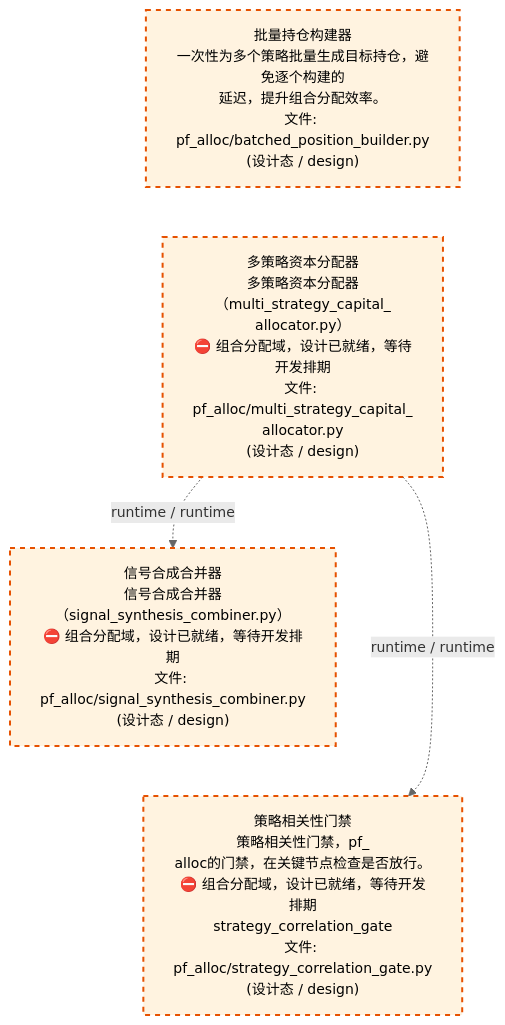
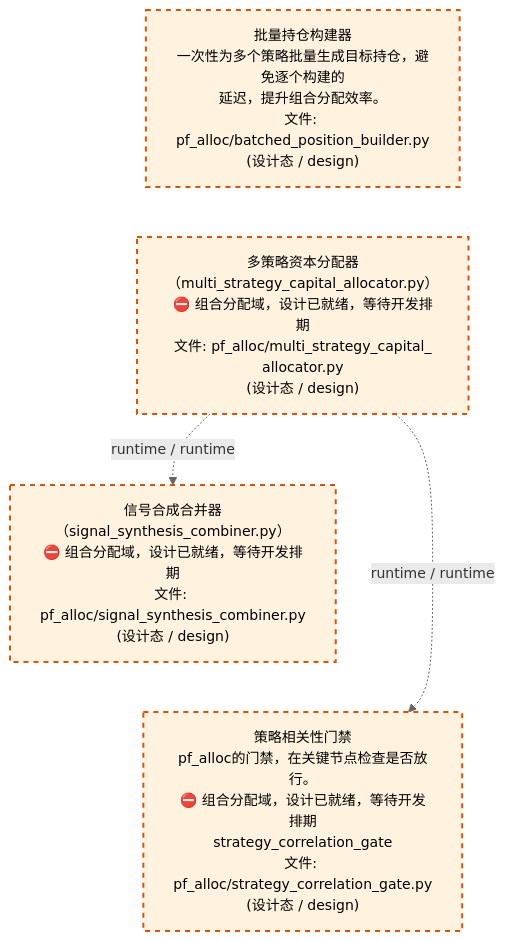
One commit to xuanFelixVan/ZephyrAlpha changed the third of 4 diagrams in docs/02_enterprise_architecture/02_domain_architecture_docs/62_d_pf_alloc.md. Above: the diagram before and after it, drawn with Mermaid. The commit also changed other lines of this file and 61 other files, not shown here.

````diff
--- a/docs/02_enterprise_architecture/02_domain_architecture_docs/62_d_pf_alloc.md
+++ b/docs/02_enterprise_architecture/02_domain_architecture_docs/62_d_pf_alloc.md
@@ -122,17 +122,17 @@
 ```mermaid
 %%{init: {'theme': 'base', 'themeVariables': {'primaryColor': '#eaeaea', 'primaryTextColor': '#333333', 'primaryBorderColor': '#666666', 'lineColor': '#666666', 'secondaryColor': '#eaeaea', 'tertiaryColor': '#eaeaea', 'fontSize': '14px'}}}%%
 flowchart TD
     src_zephyr_pf_alloc_batched_position_builder_py["批量持仓构建器<br/>一次性为多个策略批量生成目标持仓，避免逐个构建的<br/>延迟，提升组合分配效率。<br/>文件: pf_alloc/batched_position_builder.py<br/>(设计态 / design)"]
-    src_zephyr_pf_alloc_multi_strategy_capital_allocator_py["多策略资本分配器<br/>多策略资本分配器（multi_strategy_capital_<br/>allocator.py）<br/>⛔ 组合分配域，设计已就绪，等待开发排期<br/>文件: pf_alloc/multi_strategy_capital_<br/>allocator.py<br/>(设计态 / design)"]
+    src_zephyr_pf_alloc_multi_strategy_capital_allocator_py["多策略资本分配器<br/>（multi_strategy_capital_allocator.py）<br/>⛔ 组合分配域，设计已就绪，等待开发排期<br/>文件: pf_alloc/multi_strategy_capital_<br/>allocator.py<br/>(设计态 / design)"]
     src_zephyr_pf_alloc_batched_position_builder_py ~~~ src_zephyr_pf_alloc_multi_strategy_capital_allocator_py
-    src_zephyr_pf_alloc_signal_synthesis_combiner_py["信号合成合并器<br/>信号合成合并器（signal_synthesis_combiner.py）<br/>⛔ 组合分配域，设计已就绪，等待开发排期<br/>文件: pf_alloc/signal_synthesis_combiner.py<br/>(设计态 / design)"]
-    src_zephyr_pf_alloc_strategy_correlation_gate_py["策略相关性门禁<br/>策略相关性门禁，pf_<br/>alloc的门禁，在关键节点检查是否放行。<br/>⛔ 组合分配域，设计已就绪，等待开发排期<br/>strategy_correlation_gate<br/>文件: pf_alloc/strategy_correlation_gate.py<br/>(设计态 / design)"]
+    src_zephyr_pf_alloc_signal_synthesis_combiner_py["信号合成合并器<br/>（signal_synthesis_combiner.py）<br/>⛔ 组合分配域，设计已就绪，等待开发排期<br/>文件: pf_alloc/signal_synthesis_combiner.py<br/>(设计态 / design)"]
+    src_zephyr_pf_alloc_strategy_correlation_gate_py["策略相关性门禁<br/>pf_alloc的门禁，在关键节点检查是否放行。<br/>⛔ 组合分配域，设计已就绪，等待开发排期<br/>strategy_correlation_gate<br/>文件: pf_alloc/strategy_correlation_gate.py<br/>(设计态 / design)"]
     src_zephyr_pf_alloc_signal_synthesis_combiner_py ~~~ src_zephyr_pf_alloc_strategy_correlation_gate_py
     src_zephyr_pf_alloc_multi_strategy_capital_allocator_py -.->|runtime / runtime| src_zephyr_pf_alloc_signal_synthesis_combiner_py
     src_zephyr_pf_alloc_multi_strategy_capital_allocator_py -.->|runtime / runtime| src_zephyr_pf_alloc_strategy_correlation_gate_py
     classDef production fill:#e1f5fe,stroke:#01579b,stroke-width:2px,color:#000
     classDef design fill:#fff3e0,stroke:#e65100,stroke-width:2px,color:#000,stroke-dasharray: 5 5
     classDef external_prod fill:#e8f4fd,stroke:#0277bd,stroke-width:1px,color:#000
     classDef external_design fill:#fff8e7,stroke:#ef6c00,stroke-width:1px,color:#000,stroke-dasharray: 5 5
     class src_zephyr_pf_alloc_batched_position_builder_py,src_zephyr_pf_alloc_multi_strategy_capital_allocator_py,src_zephyr_pf_alloc_signal_synthesis_combiner_py,src_zephyr_pf_alloc_strategy_correlation_gate_py design
 ```
````
